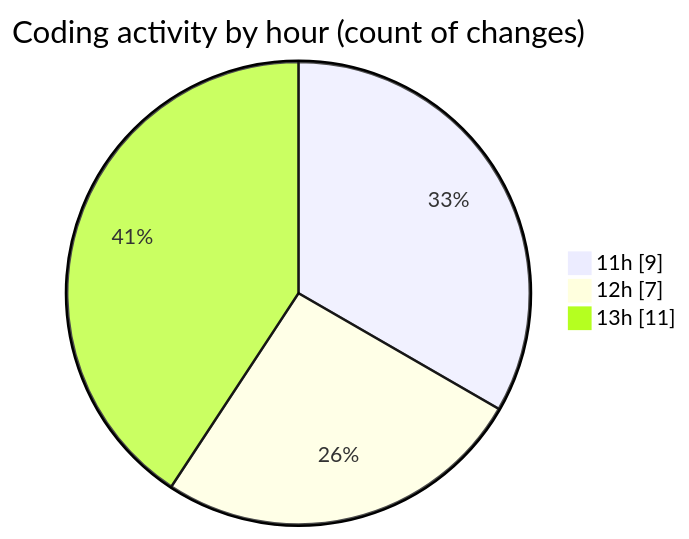
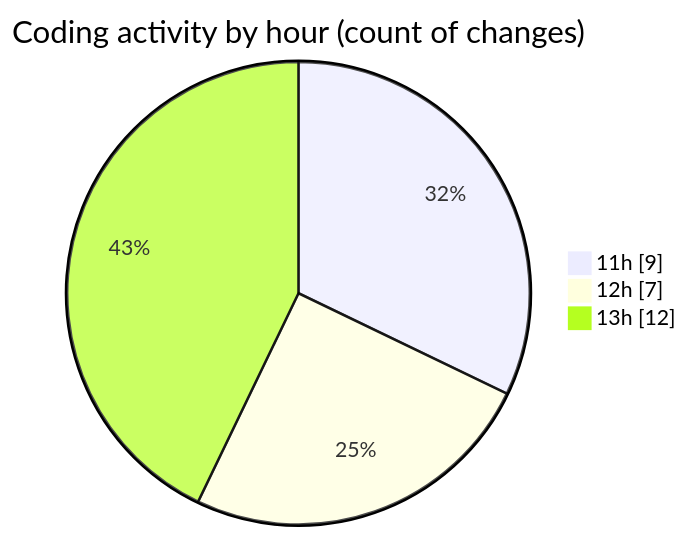
One commit to EIIisD/code-tracking changed the second of 2 diagrams in 2025-08-07/ribbon/README.md. Above: the diagram before and after it, drawn with Mermaid. The commit also changed other lines of this file and 1 other file, not shown here.

````diff
--- a/2025-08-07/ribbon/README.md
+++ b/2025-08-07/ribbon/README.md
@@ -42,7 +42,7 @@
 ```mermaid
 pie showData
 title Coding activity by hour (count of changes)
 "11h" : 9
 "12h" : 7
-"13h" : 11
+"13h" : 12
 ```
````
